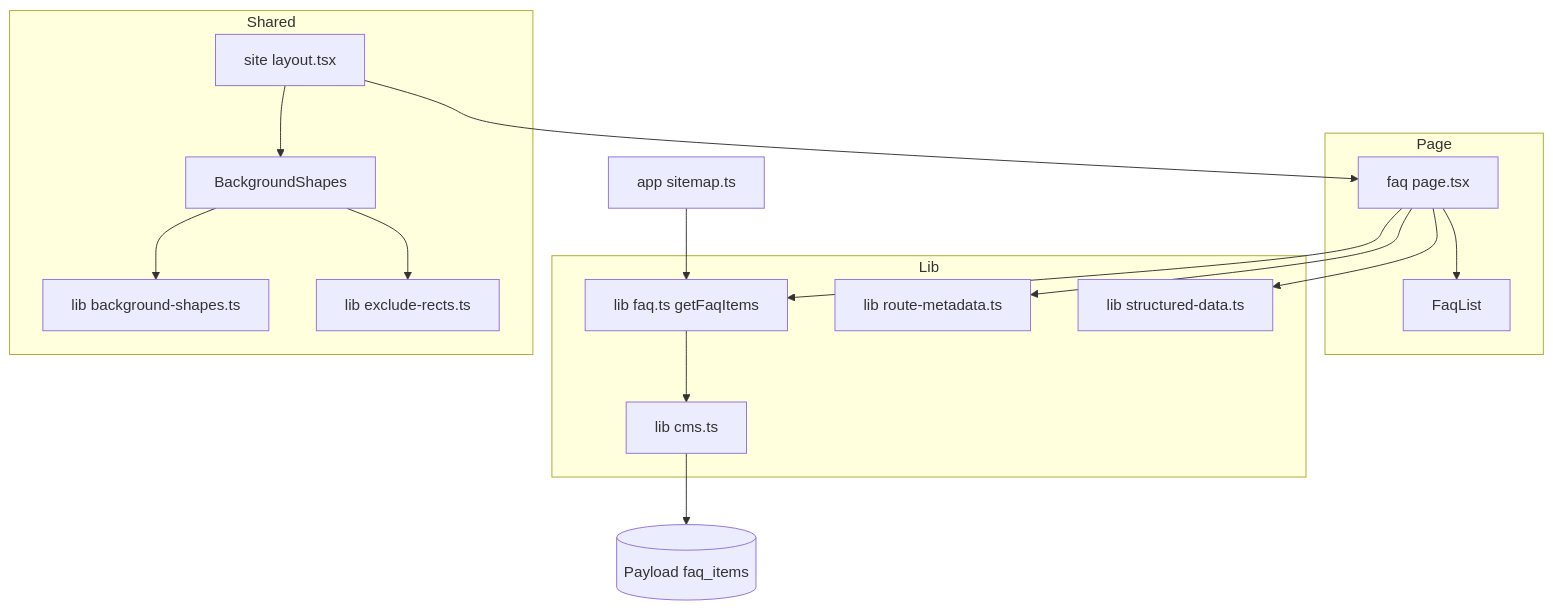
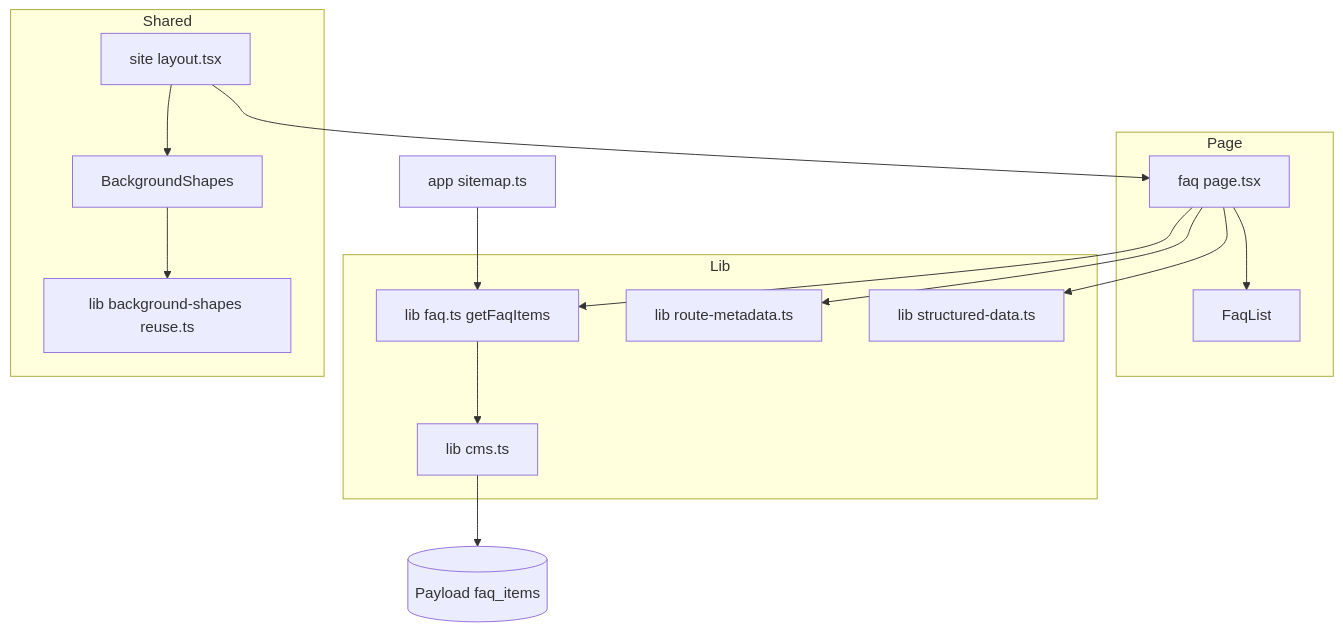
The first of 2 diagrams in .kiro/specs/faq-page/design.md (aramakisai/aramakisai-web), drawn with Mermaid before and after one commit. The commit also changed other lines of this file and 2 other files, not shown here.

````diff
--- a/.kiro/specs/faq-page/design.md
+++ b/.kiro/specs/faq-page/design.md
@@ -55,33 +54,31 @@
 ```mermaid
 graph TB
     subgraph Page
         FaqPage[faq page.tsx]
         FaqList[FaqList]
     end
     subgraph Lib
         FaqLib[lib faq.ts getFaqItems]
         Cms[lib cms.ts]
         RouteMeta[lib route-metadata.ts]
         Breadcrumb[lib structured-data.ts]
     end
     subgraph Shared
         Layout[site layout.tsx]
         BgShapes[BackgroundShapes]
-        BgLib[lib background-shapes.ts]
-        Exclude[lib exclude-rects.ts]
+        Reuse[lib background-shapes reuse.ts]
     end
     Sitemap[app sitemap.ts]
     CMS[(Payload faq_items)]
 
     FaqPage --> FaqLib
     FaqPage --> FaqList
     FaqPage --> RouteMeta
     FaqPage --> Breadcrumb
     FaqLib --> Cms
     Cms --> CMS
     Sitemap --> FaqLib
     Layout --> FaqPage
     Layout --> BgShapes
-    BgShapes --> BgLib
-    BgShapes --> Exclude
+    BgShapes --> Reuse
 ```
````
